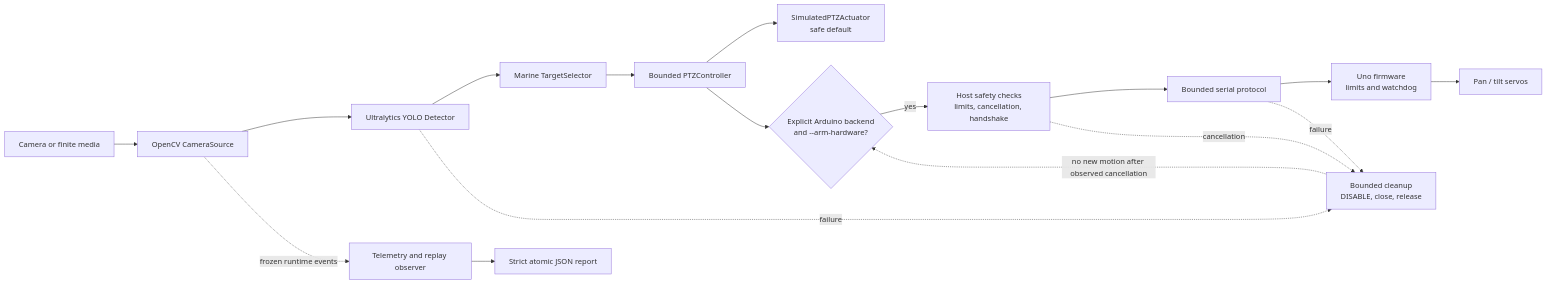
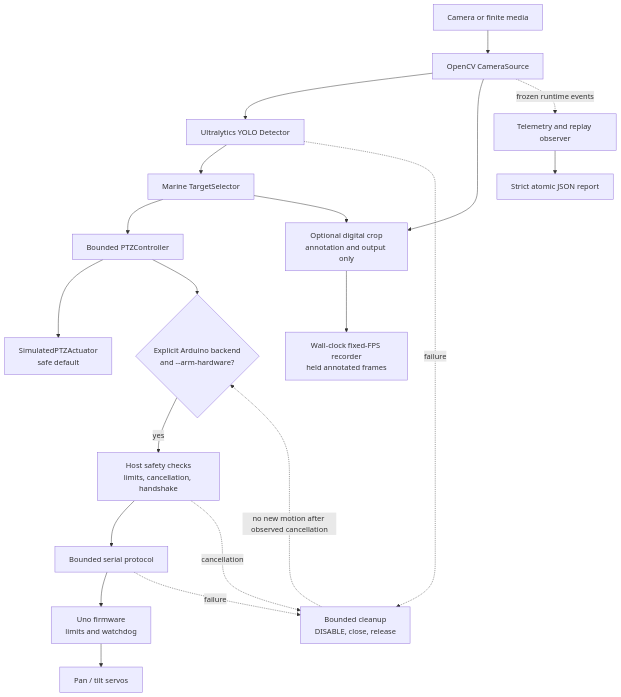
The diagram in docs/architecture.md (22by7-raikar/marine-ptz-tracker), drawn with Mermaid before and after one commit. The commit also changed other lines of this file and 95 other files, not shown here.

````diff
--- a/docs/architecture.md
+++ b/docs/architecture.md
@@ -5,19 +15,22 @@
 ```mermaid
-flowchart LR
+flowchart TD
     Media[Camera or finite media] --> Source[OpenCV CameraSource]
     Source --> YOLO[Ultralytics YOLO Detector]
     YOLO --> Select[Marine TargetSelector]
     Select --> Control[Bounded PTZController]
+    Select --> View[Optional digital crop\nannotation and output only]
+    Source --> View
+    View --> Record[Wall-clock fixed-FPS recorder\nheld annotated frames]
     Control --> Sim[SimulatedPTZActuator\nsafe default]
     Control --> Gate{Explicit Arduino backend\nand --arm-hardware?}
     Gate -->|yes| Host[Host safety checks\nlimits, cancellation, handshake]
     Host --> Serial[Bounded serial protocol]
     Serial --> Uno[Uno firmware\nlimits and watchdog]
     Uno --> Servos[Pan / tilt servos]
     Source -. frozen runtime events .-> Observer[Telemetry and replay observer]
     Observer --> Report[Strict atomic JSON report]
     YOLO -. failure .-> Cleanup[Bounded cleanup\nDISABLE, close, release]
     Serial -. failure .-> Cleanup
     Host -. cancellation .-> Cleanup
     Cleanup -. no new motion after observed cancellation .-> Gate
 ```
````
